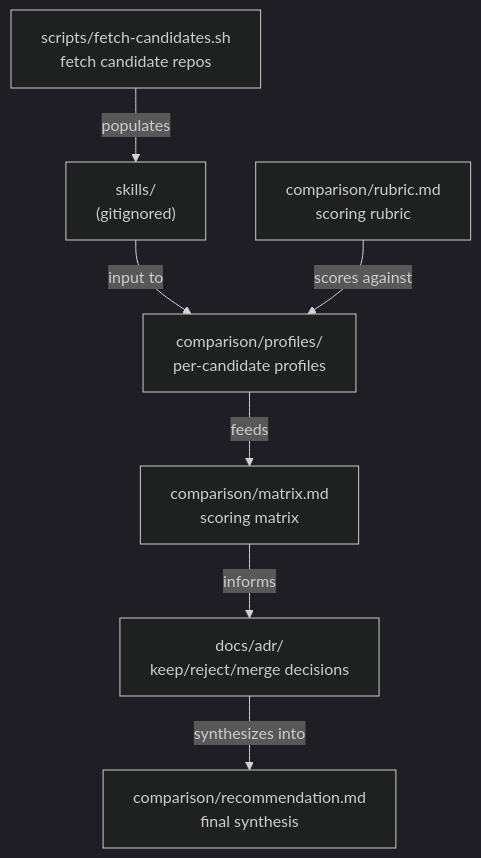
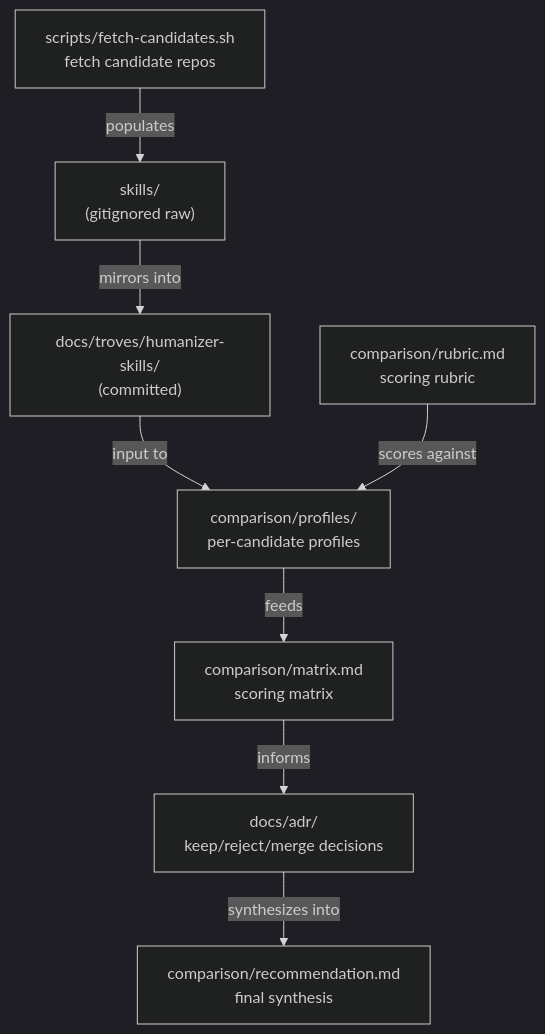
The diagram in docs/technical-architecture/c4/component.md (cristoslc/humanizer-skill-review), drawn with Mermaid (dark theme) before and after one commit. The commit also changed other lines of this file and 76 other files, not shown here.

````diff
--- a/docs/technical-architecture/c4/component.md
+++ b/docs/technical-architecture/c4/component.md
@@ -5,16 +5,17 @@
 ```mermaid
 flowchart TD
     Fetch["scripts/fetch-candidates.sh<br/>fetch candidate repos"]
     Profiles["comparison/profiles/<br/>per-candidate profiles"]
     Matrix["comparison/matrix.md<br/>scoring matrix"]
     Rubric["comparison/rubric.md<br/>scoring rubric"]
     ADRs["docs/adr/<br/>keep/reject/merge decisions"]
     Recommendation["comparison/recommendation.md<br/>final synthesis"]
 
-    Fetch -->|"populates"| Skills["skills/<br/>(gitignored)"]
-    Skills -->|"input to"| Profiles
+    Fetch -->|"populates"| Skills["skills/<br/>(gitignored raw)"]
+    Skills -->|"mirrors into"| Trove["docs/troves/humanizer-skills/<br/>(committed)"]
+    Trove -->|"input to"| Profiles
     Rubric -->|"scores against"| Profiles
     Profiles -->|"feeds"| Matrix
     Matrix -->|"informs"| ADRs
     ADRs -->|"synthesizes into"| Recommendation
 ```
````
